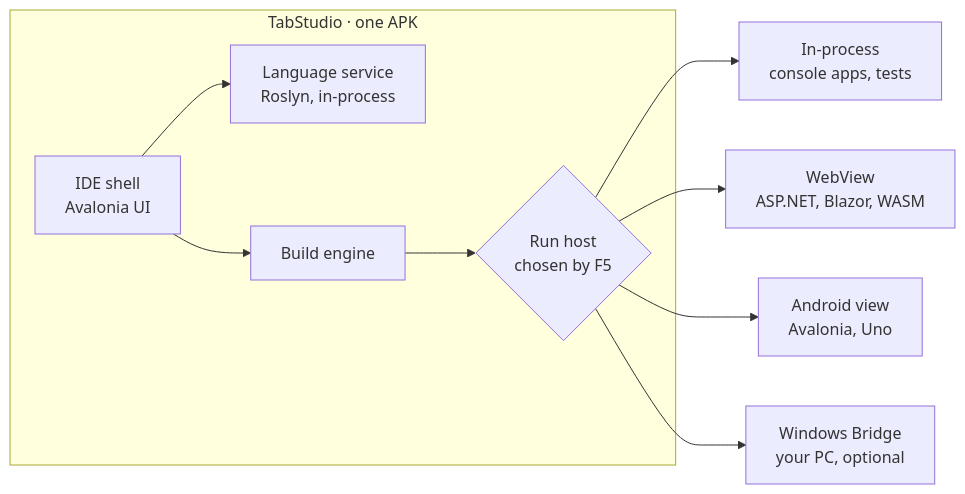
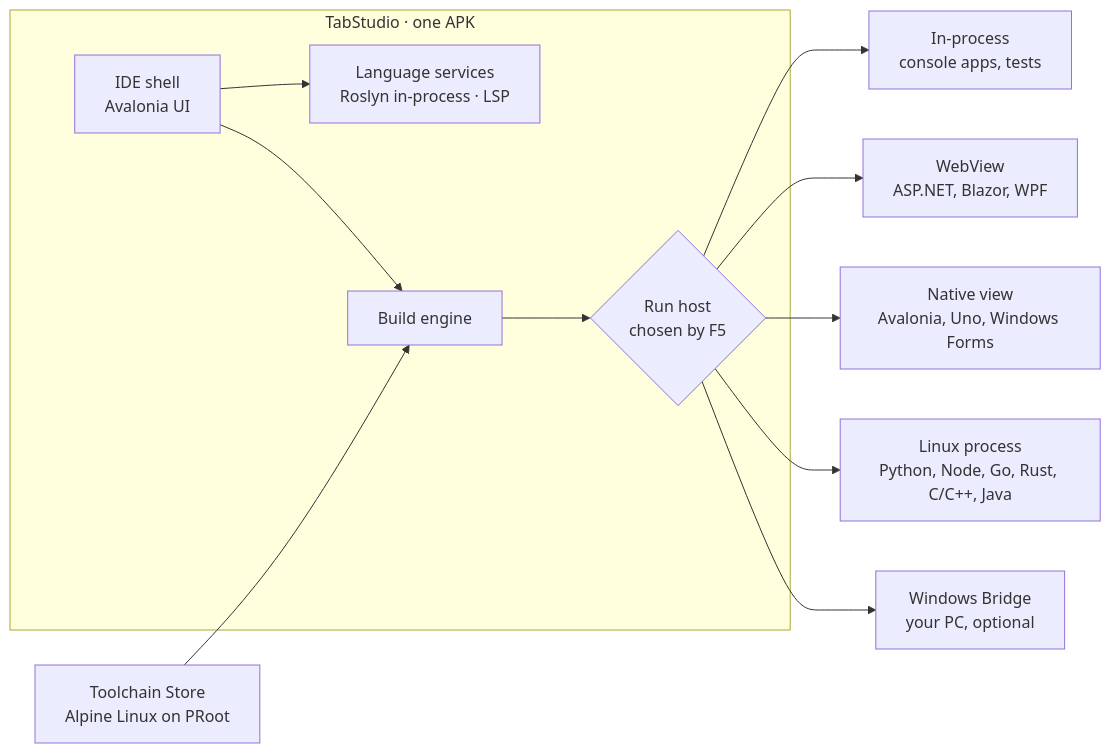
The diagram in README.md (yahav2898/tabstudio), drawn with Mermaid before and after one commit. The commit also changed other lines of this file and 7 other files, not shown here.

First line of the commit message:
Rewrite the README, roadmap and contributing guide

````diff
--- a/README.md
+++ b/README.md
@@ -149,15 +212,17 @@
 ```mermaid
 flowchart LR
     subgraph APK["TabStudio · one APK"]
         Shell["IDE shell<br/>Avalonia UI"]
-        Lang["Language service<br/>Roslyn, in-process"]
+        Lang["Language services<br/>Roslyn in-process · LSP"]
         Build["Build engine"]
         Shell --> Lang
         Shell --> Build
         Build --> Host{"Run host<br/>chosen by F5"}
     end
+    Toolchains["Toolchain Store<br/>Alpine Linux on PRoot"] --> Build
     Host --> InProc["In-process<br/>console apps, tests"]
-    Host --> Web["WebView<br/>ASP.NET, Blazor, WASM"]
-    Host --> Native["Android view<br/>Avalonia, Uno"]
+    Host --> Web["WebView<br/>ASP.NET, Blazor, WPF"]
+    Host --> Native["Native view<br/>Avalonia, Uno, Windows Forms"]
+    Host --> Linux["Linux process<br/>Python, Node, Go, Rust, C/C++, Java"]
     Host --> Bridge["Windows Bridge<br/>your PC, optional"]
 ```
````
